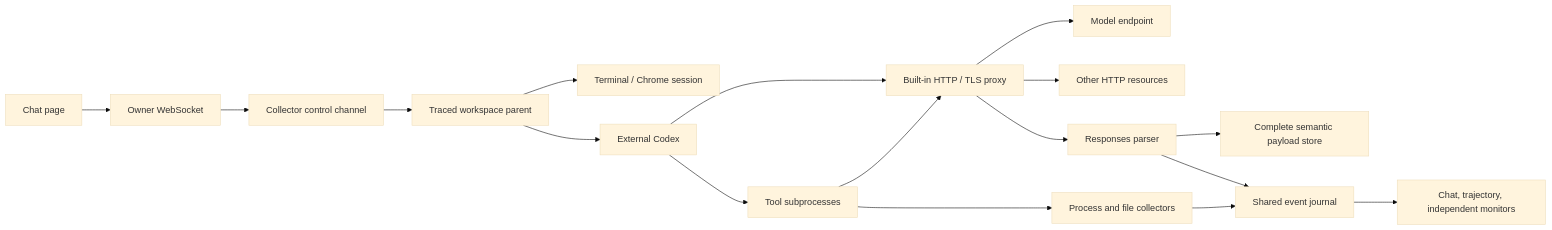
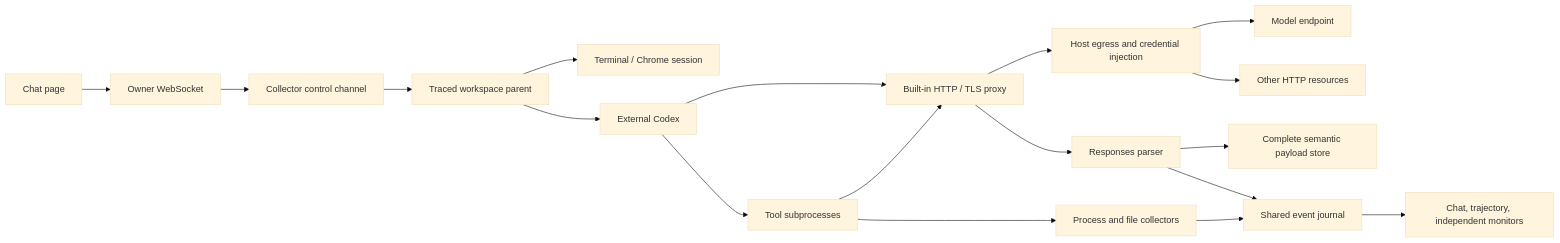
One commit to nullptrpanic/AgentTomo changed the diagram in docs/agent-task-design.md. Above: the diagram before and after it, drawn with Mermaid (base theme). The commit also changed other lines of this file and 23 other files, not shown here.

````diff
--- a/docs/agent-task-design.md
+++ b/docs/agent-task-design.md
@@ -11,19 +11,20 @@
 ```mermaid
 flowchart LR
     Chat[Chat page] --> WS[Owner WebSocket]
     WS --> Collector[Collector control channel]
     Collector --> Workspace[Traced workspace parent]
     Workspace --> Shell[Terminal / Chrome session]
     Workspace --> Codex[External Codex]
     Codex --> Tools[Tool subprocesses]
     Codex --> Proxy[Built-in HTTP / TLS proxy]
     Tools --> Proxy
-    Proxy --> Model[Model endpoint]
-    Proxy --> Resources[Other HTTP resources]
+    Proxy --> Egress[Host egress and credential injection]
+    Egress --> Model[Model endpoint]
+    Egress --> Resources[Other HTTP resources]
     Proxy --> Semantic[Responses parser]
     Semantic --> Payloads[Complete semantic payload store]
     Semantic --> Journal[Shared event journal]
     Tools --> Tracer[Process and file collectors]
     Tracer --> Journal
     Journal --> Views[Chat, trajectory, independent monitors]
 ```
````
